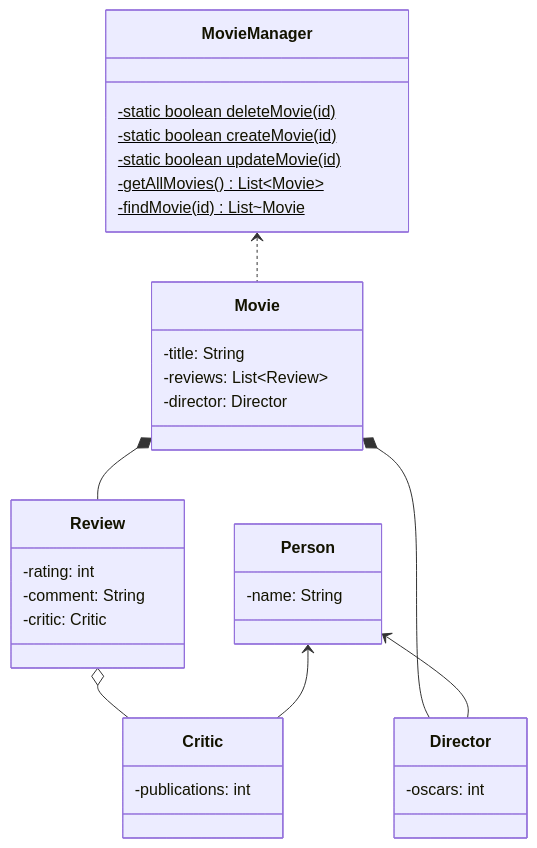
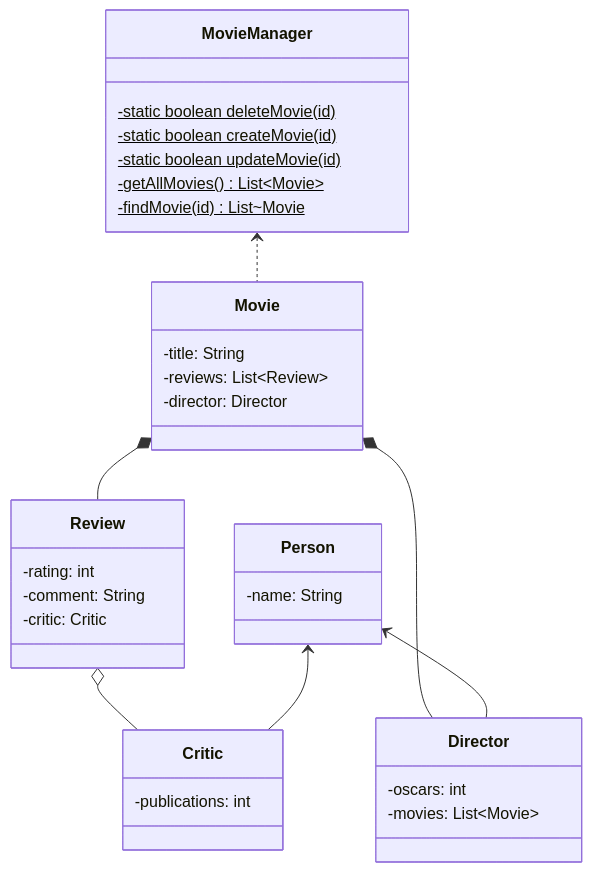
Before and after one commit to AlbertProfe/CifoJava2023: the diagram in MovieManger/uml.md, drawn with Mermaid. The commit also changed 4 other files, not shown here.

````diff
--- a/MovieManger/uml.md
+++ b/MovieManger/uml.md
@@ -3,40 +3,41 @@
 ``` mermaid
 classDiagram
   class Movie {
     -title: String
     -reviews: List~Review~
     -director: Director
   }
   
   class Critic {
     -publications: int
   }
   
   class Director {
     -oscars: int
+    -movies: List~Movie~
   }
   class Review {
     -rating: int
     -comment: String
     -critic: Critic
   }
   class Person {
     -name: String
   }
   
   class MovieManager {
     -static boolean deleteMovie(id)$
     -static boolean createMovie(id)$
     -static boolean updateMovie(id)$
     -getAllMovies()$ List~Movie~
     -findMovie(id)$ List~Movie
   }
   
   MovieManager <.. Movie
   Movie *-- Review
   Movie *-- Director
   Review o-- Critic
   Person <-- Director
   Person <-- Critic
 
 ```
````
